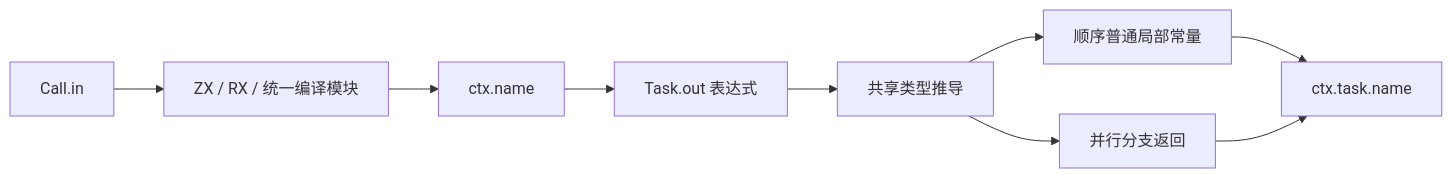
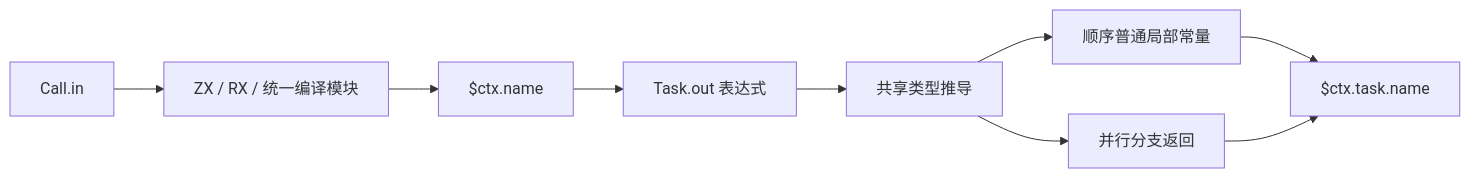
The first of 2 diagrams in docs/2026-10-06/RX调用参数与命名结果.md (MatrixAges/zxc), drawn with Mermaid before and after one commit. The commit also changed other lines of this file and 54 other files, not shown here.

````diff
--- a/docs/2026-10-06/RX调用参数与命名结果.md
+++ b/docs/2026-10-06/RX调用参数与命名结果.md
@@ -34,11 +34,11 @@
 ```mermaid
 flowchart LR
   Call[Call.in] --> Function[ZX / RX / 统一编译模块]
-  Function --> CallResult[ctx.name]
+  Function --> CallResult[$ctx.name]
   CallResult --> Out[Task.out 表达式]
   Out --> Infer[共享类型推导]
   Infer --> Sequential[顺序普通局部常量]
   Infer --> Parallel[并行分支返回]
-  Sequential --> Result[ctx.task.name]
+  Sequential --> Result[$ctx.task.name]
   Parallel --> Result
 ```
````
